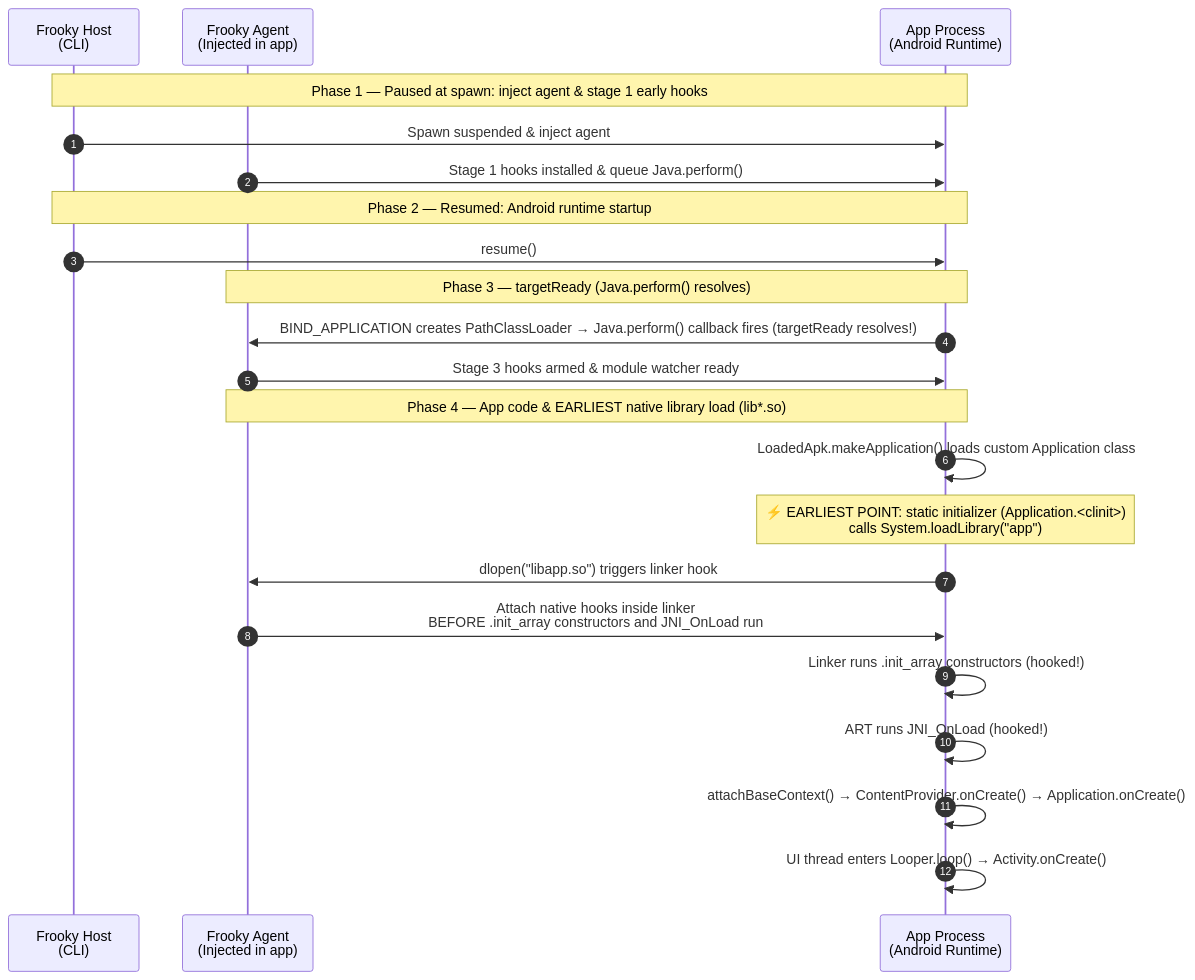
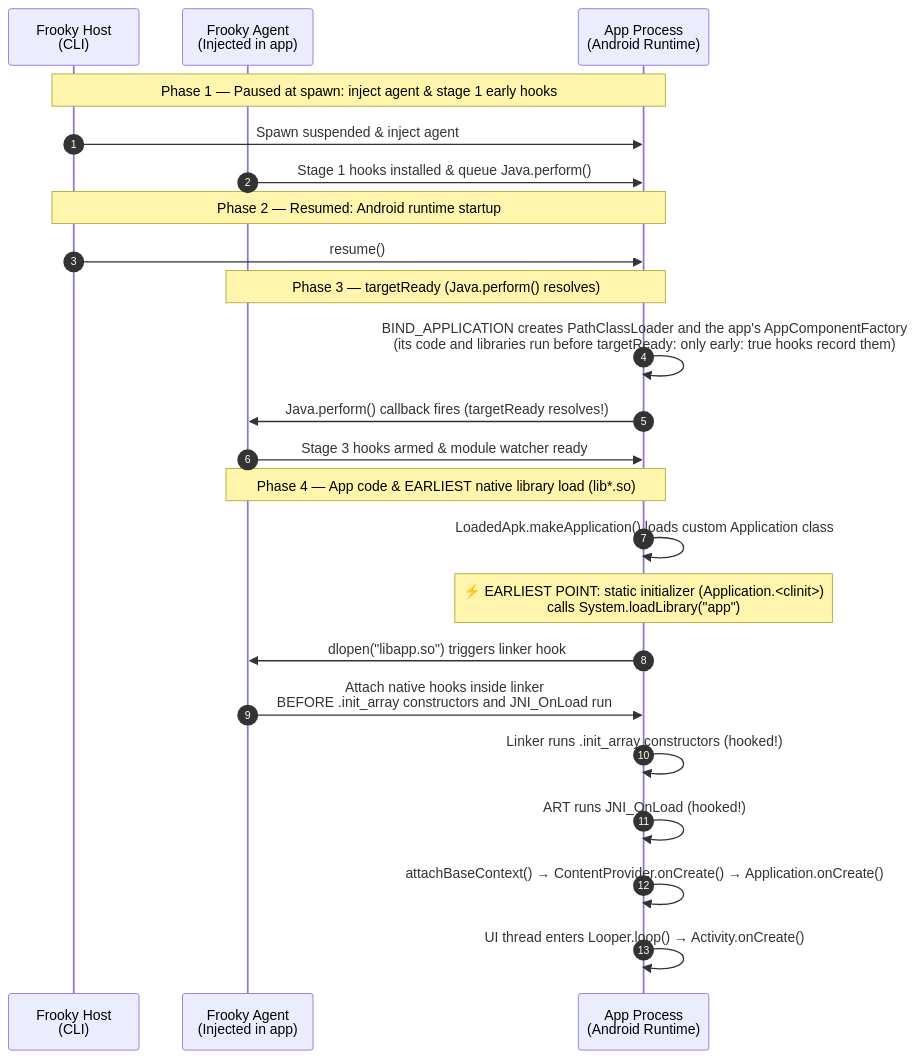
Before and after one commit to bernhste/frooky: the eighth of 13 diagrams in docs/under-the-hood.md, drawn with Mermaid. The commit also changed other lines of this file and 27 other files, not shown here.

````diff
--- a/docs/under-the-hood.md
+++ b/docs/under-the-hood.md
@@ -418,28 +426,29 @@
 ```mermaid
 sequenceDiagram
     autonumber
     participant Host as Frooky Host<br/>(CLI)
     participant Agent as Frooky Agent<br/>(Injected in app)
     participant App as App Process<br/>(Android Runtime)
 
     Note over Host,App: Phase 1 — Paused at spawn: inject agent & stage 1 early hooks
     Host->>App: Spawn suspended & inject agent
     Agent->>App: Stage 1 hooks installed & queue Java.perform()
 
     Note over Host,App: Phase 2 — Resumed: Android runtime startup
     Host->>App: resume()
 
     Note over Agent,App: Phase 3 — targetReady (Java.perform() resolves)
-    App->>Agent: BIND_APPLICATION creates PathClassLoader → Java.perform() callback fires (targetReady resolves!)
+    App->>App: BIND_APPLICATION creates PathClassLoader and the app's AppComponentFactory<br/>(its code and libraries run before targetReady: only early: true hooks record them)
+    App->>Agent: Java.perform() callback fires (targetReady resolves!)
     Agent->>App: Stage 3 hooks armed & module watcher ready
 
     Note over Agent,App: Phase 4 — App code & EARLIEST native library load (lib*.so)
     App->>App: LoadedApk.makeApplication() loads custom Application class
     Note over App: ⚡ EARLIEST POINT: static initializer (Application.<clinit>)<br/>calls System.loadLibrary("app")
     App->>Agent: dlopen("libapp.so") triggers linker hook
     Agent->>App: Attach native hooks inside linker<br/>BEFORE .init_array constructors and JNI_OnLoad run
     App->>App: Linker runs .init_array constructors (hooked!)
     App->>App: ART runs JNI_OnLoad (hooked!)
     App->>App: attachBaseContext() → ContentProvider.onCreate() → Application.onCreate()
     App->>App: UI thread enters Looper.loop() → Activity.onCreate()
 ```
````
